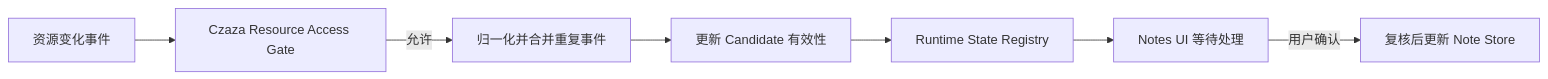
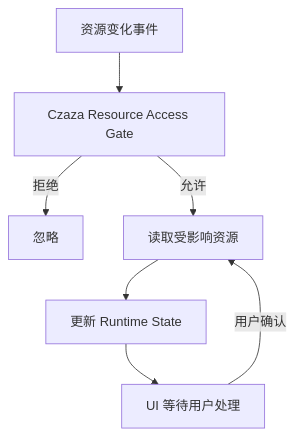
The diagram in .czaza/architecture-notes/diagrams/unified-resource-change-handling.md (Leo7805/czaza), drawn with Mermaid before and after one commit. The commit also changed other lines of this file and 14 other files, not shown here.

````diff
--- a/.czaza/architecture-notes/diagrams/unified-resource-change-handling.md
+++ b/.czaza/architecture-notes/diagrams/unified-resource-change-handling.md
@@ -18,9 +18,9 @@
 ```mermaid
-flowchart LR
+flowchart TD
     A[资源变化事件] --> B[Czaza Resource Access Gate]
-    B -->|允许| C[归一化并合并重复事件]
-    C --> D[更新 Candidate 有效性]
-    D --> E[Runtime State Registry]
-    E --> F[Notes UI 等待处理]
-    F -->|用户确认| G[复核后更新 Note Store]
+    B -->|拒绝| C[忽略]
+    B -->|允许| D[读取受影响资源]
+    D --> E[更新 Runtime State]
+    E --> F[UI 等待用户处理]
+    F -->|用户确认| D
 ```
````
